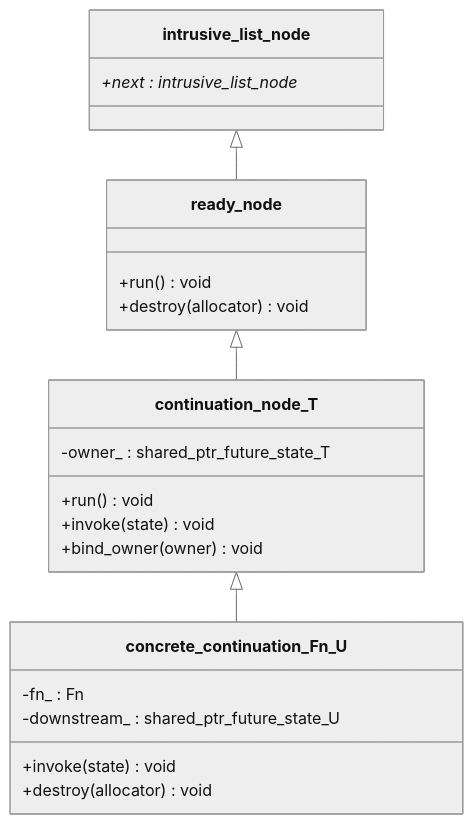
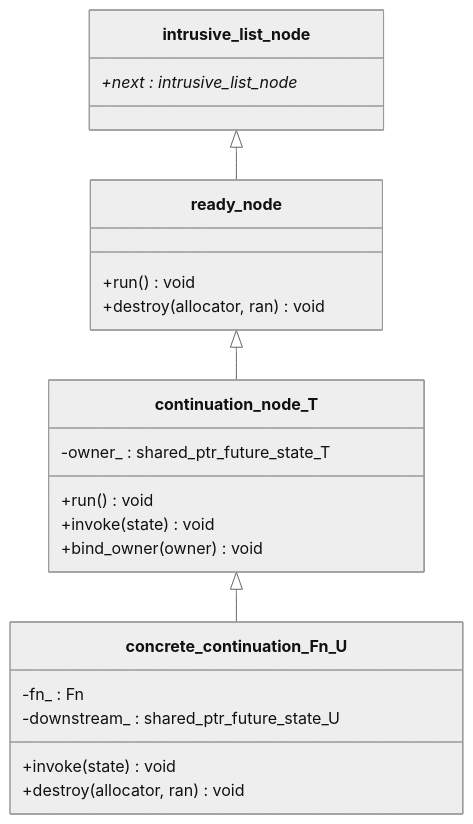
Before and after one commit to andijcr/async_experiments: the first of 2 diagrams in docs/wiki/Continuation-Node-Mechanism.md, drawn with Mermaid (neutral theme). The commit also changed other lines of this file and 10 other files, not shown here.

````diff
--- a/docs/wiki/Continuation-Node-Mechanism.md
+++ b/docs/wiki/Continuation-Node-Mechanism.md
@@ -12,25 +12,25 @@
 ```mermaid
 classDiagram
   class intrusive_list_node {
     +next : intrusive_list_node*
   }
   class ready_node {
     +run() void
-    +destroy(allocator) void
+    +destroy(allocator, ran) void
   }
   class continuation_node_T {
     -owner_ : shared_ptr_future_state_T
     +run() void
     +invoke(state) void
     +bind_owner(owner) void
   }
   class concrete_continuation_Fn_U {
     -fn_ : Fn
     -downstream_ : shared_ptr_future_state_U
     +invoke(state) void
-    +destroy(allocator) void
+    +destroy(allocator, ran) void
   }
   intrusive_list_node <|-- ready_node
   ready_node <|-- continuation_node_T
   continuation_node_T <|-- concrete_continuation_Fn_U
 ```
````
